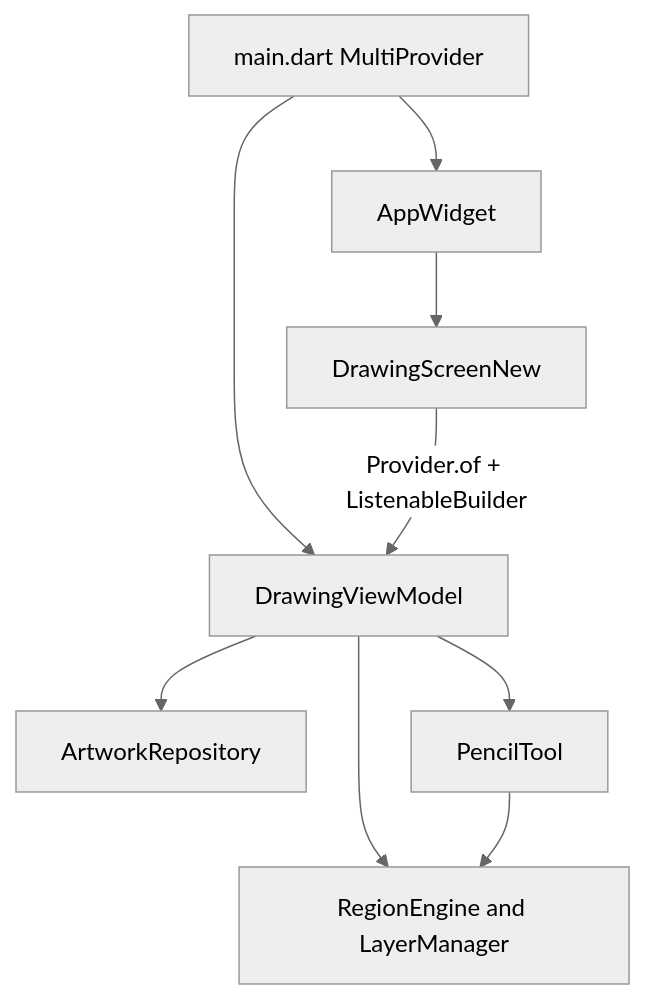
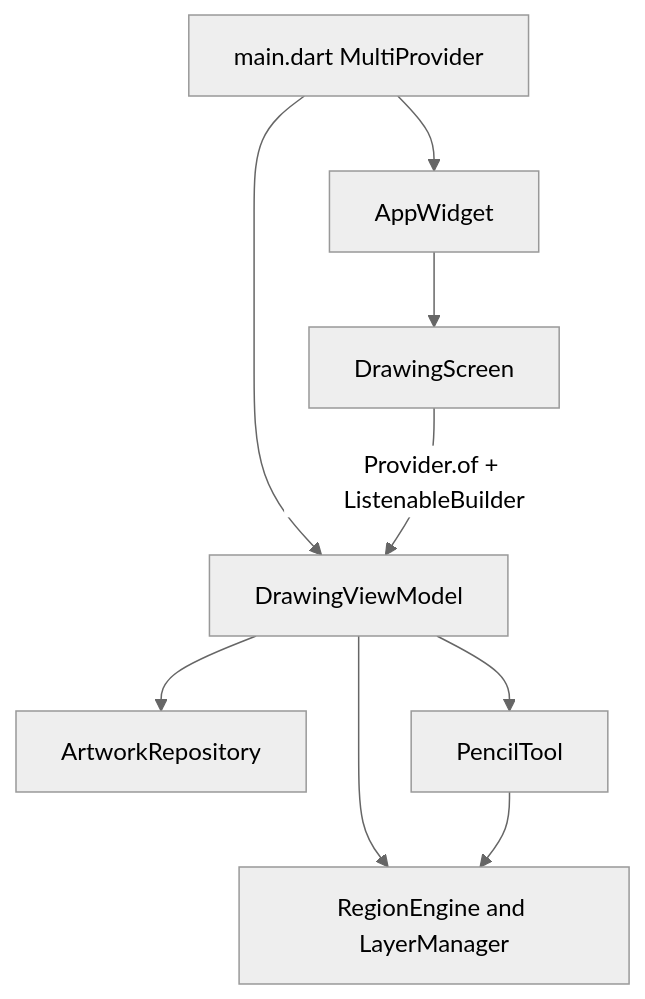
The diagram in README.md (ghulamhussainjoyo/kids-drawing-app), drawn with Mermaid (neutral theme) before and after one commit. The commit also changed other lines of this file and 29 other files, not shown here.

````diff
--- a/README.md
+++ b/README.md
@@ -53,11 +53,11 @@
 ```mermaid
 flowchart TD
     mainDart["main.dart MultiProvider"] --> viewModel["DrawingViewModel"]
     mainDart --> appWidget["AppWidget"]
-    appWidget --> screen["DrawingScreenNew"]
+    appWidget --> screen["DrawingScreen"]
     screen -->|"Provider.of + ListenableBuilder"| viewModel
     viewModel --> repository["ArtworkRepository"]
     viewModel --> engine["RegionEngine and LayerManager"]
     viewModel --> pencilTool["PencilTool"]
     pencilTool --> engine
 ```
````
